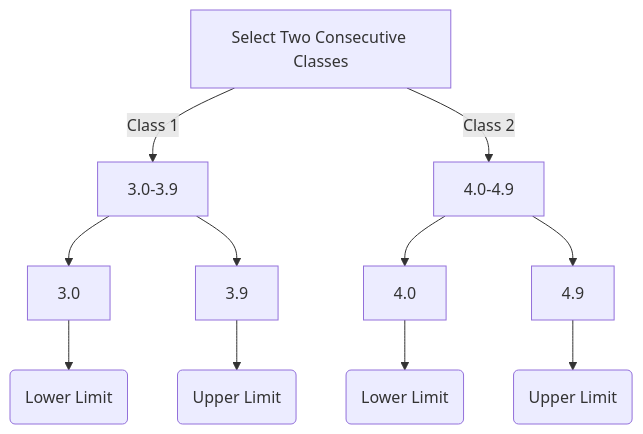
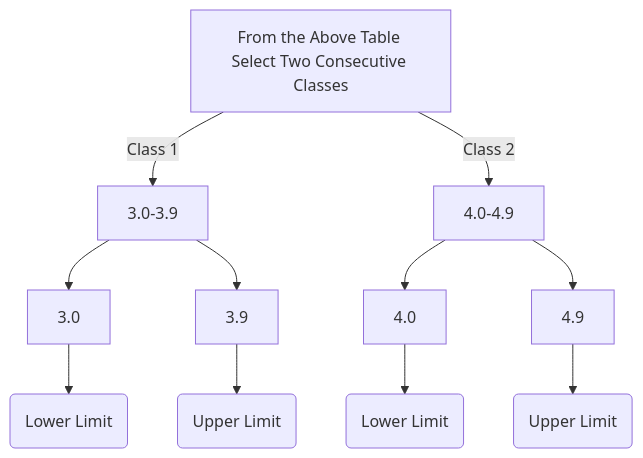
One commit to engradeelnayyar/engradeelnayyar changed the diagram in How to creat Class Boundaries.md. Above: the diagram before and after it, drawn with Mermaid. The commit also changed other lines of this file, not shown here.

````diff
--- a/How to creat Class Boundaries.md
+++ b/How to creat Class Boundaries.md
@@ -1,17 +17,17 @@
 ```mermaid 
 
 graph TD 
 
-A[Select Two Consecutive Classes]-->|Class 1| B[3.0-3.9]
-A[Select Two Consecutive Classes]-->|Class 2| C[4.0-4.9]
+A[From the Above Table Select Two Consecutive Classes]-->|Class 1| B[3.0-3.9]
+A[From the Above Table Select Two Consecutive Classes]-->|Class 2| C[4.0-4.9]
 B[3.0-3.9]-->D[3.0]
 B[3.0-3.9]-->E[3.9]
 C[4.0-4.9]-->F[4.0]
 C[4.0-4.9]-->G[4.9]
 D[3.0]-->H(Lower Limit)
 E[3.9]-->I(Upper Limit)
 F[4.0]-->J(Lower Limit)
 G[4.9]-->K(Upper Limit)
 
 
 ```
````
